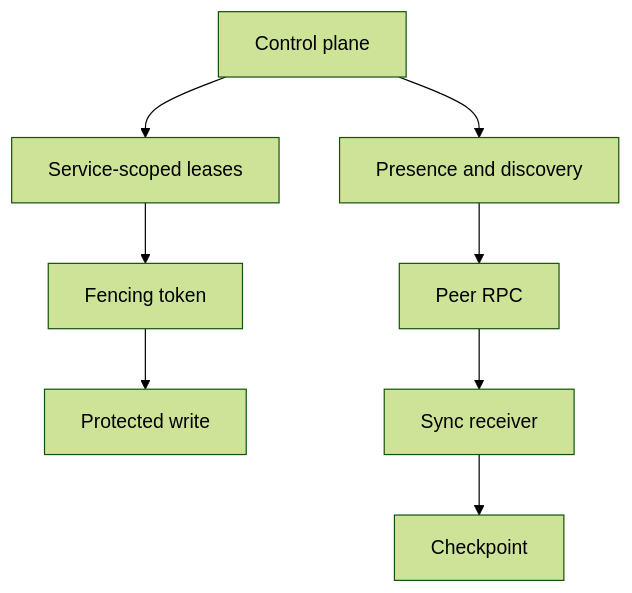
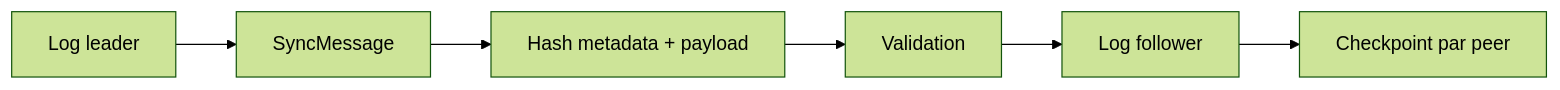
The diagram in docs/fr/architecture/synchronization.md (dnettoRaw/appcore-wiki), drawn with Mermaid (forest theme) before and after one commit. The commit also changed other lines of this file and 341 other files, not shown here.

````diff
--- a/docs/fr/architecture/synchronization.md
+++ b/docs/fr/architecture/synchronization.md
@@ -28,10 +12,8 @@
 ```mermaid
-flowchart TD
-    CP[Control plane] --> P[Presence and discovery]
-    CP --> L[Service-scoped leases]
-    L --> F[Fencing token]
-    F --> W[Protected write]
-    P --> RPC[Peer RPC]
-    RPC --> SYNC[Sync receiver]
-    SYNC --> C[Checkpoint]
+flowchart LR
+    LeaderLog[Log leader] --> Batch[SyncMessage]
+    Batch --> Hash[Hash metadata + payload]
+    Hash --> Receiver[Validation]
+    Receiver --> FollowerLog[Log follower]
+    FollowerLog --> Checkpoint[Checkpoint par peer]
 ```
````
